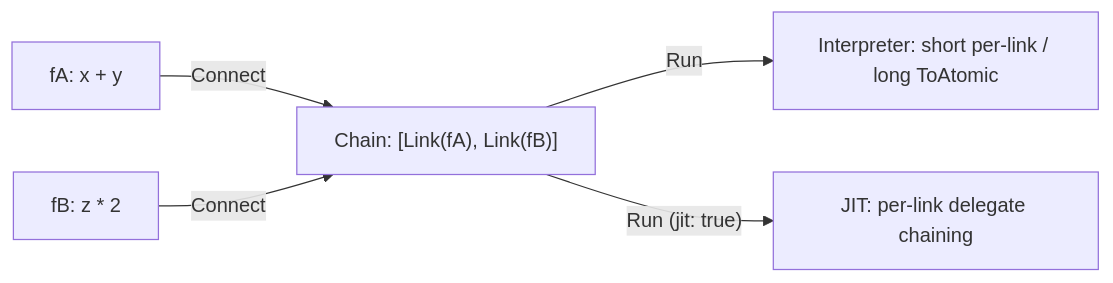
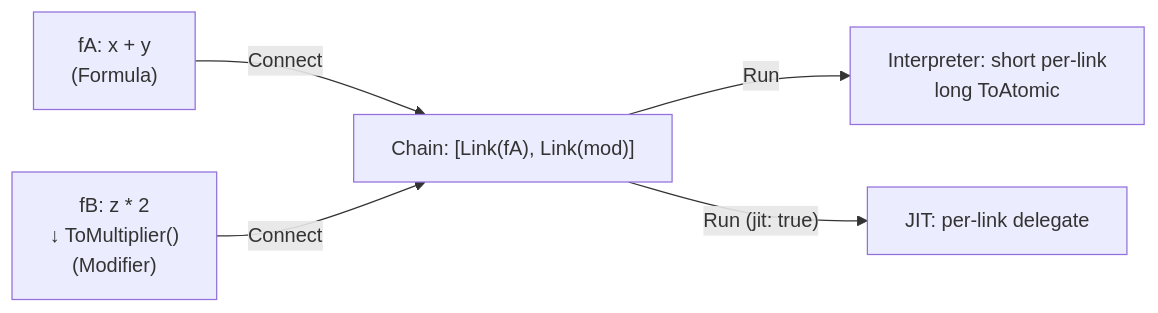
One commit to twds0x13/FluxFormula changed the second of 2 diagrams in docs/en/guide/core-concepts.md. Above: the diagram before and after it, drawn with Mermaid. The commit also changed other lines of this file and 5 other files, not shown here.

Commit message:
docs: fix Mermaid diagrams — split compile-cache into 3 blocks, add centering CSS, fix Instruction/Connect diagrams [skip test]

````diff
--- a/docs/en/guide/core-concepts.md
+++ b/docs/en/guide/core-concepts.md
@@ -122,7 +121,7 @@
 ```mermaid
 graph LR
-    A["fA: x + y"] -->|Connect| C["Chain: [Link(fA), Link(fB)]"]
-    B["fB: z * 2"] -->|Connect| C
-    C -->|"Run"| D["Interpreter: short per-link / long ToAtomic"]
-    C -->|"Run (jit: true)"| E["JIT: per-link delegate chaining"]
+    A["fA: x + y<br/>(Formula)"] -->|Connect| C["Chain: [Link(fA), Link(mod)]"]
+    B["fB: z * 2<br/>↓ ToMultiplier()<br/>(Modifier)"] -->|Connect| C
+    C -->|"Run"| D["Interpreter: short per-link<br/>long ToAtomic"]
+    C -->|"Run (jit: true)"| E["JIT: per-link delegate"]
 ```
````
